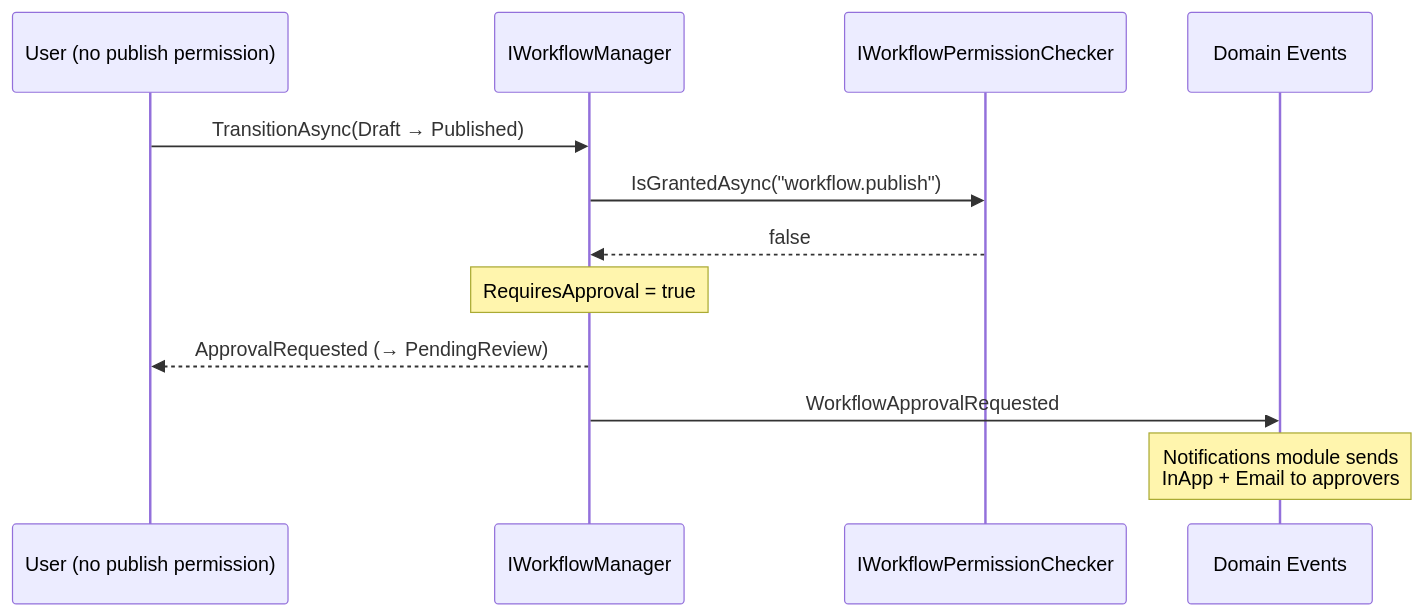
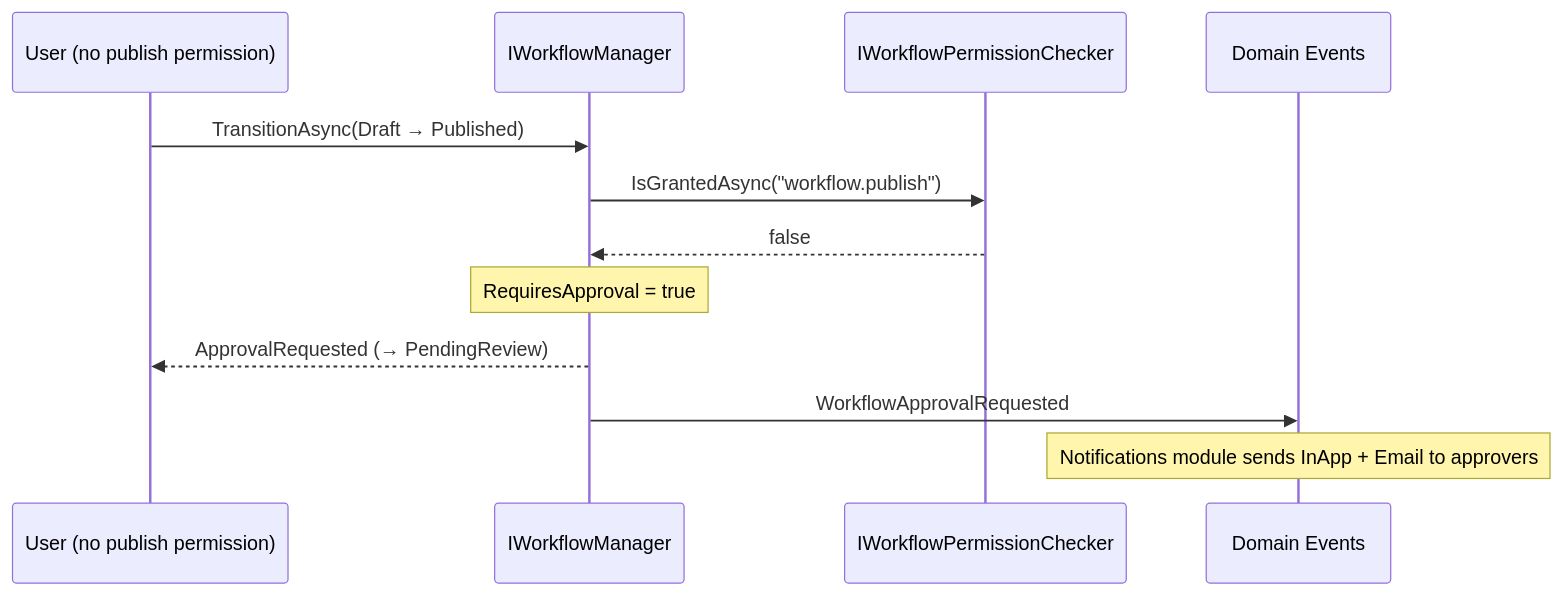
The third of 3 diagrams in docs-site/src/content/docs/reference/modules/workflow.mdx (enraiz/granit-dotnet), drawn with Mermaid before and after one commit. The commit also changed 7 other files, not shown here.

First line of the commit message:
fix(docs): escape angle brackets and HTML tags in Mermaid diagrams

````diff
--- a/docs-site/src/content/docs/reference/modules/workflow.mdx
+++ b/docs-site/src/content/docs/reference/modules/workflow.mdx
@@ -213,15 +213,15 @@
 ```mermaid
 sequenceDiagram
     participant U as User (no publish permission)
     participant WM as IWorkflowManager
     participant PC as IWorkflowPermissionChecker
     participant EV as Domain Events
 
     U->>WM: TransitionAsync(Draft → Published)
     WM->>PC: IsGrantedAsync("workflow.publish")
     PC-->>WM: false
     Note over WM: RequiresApproval = true
     WM-->>U: ApprovalRequested (→ PendingReview)
     WM->>EV: WorkflowApprovalRequested
-    Note over EV: Notifications module sends<br/>InApp + Email to approvers
+    Note over EV: Notifications module sends InApp + Email to approvers
 ```
````
